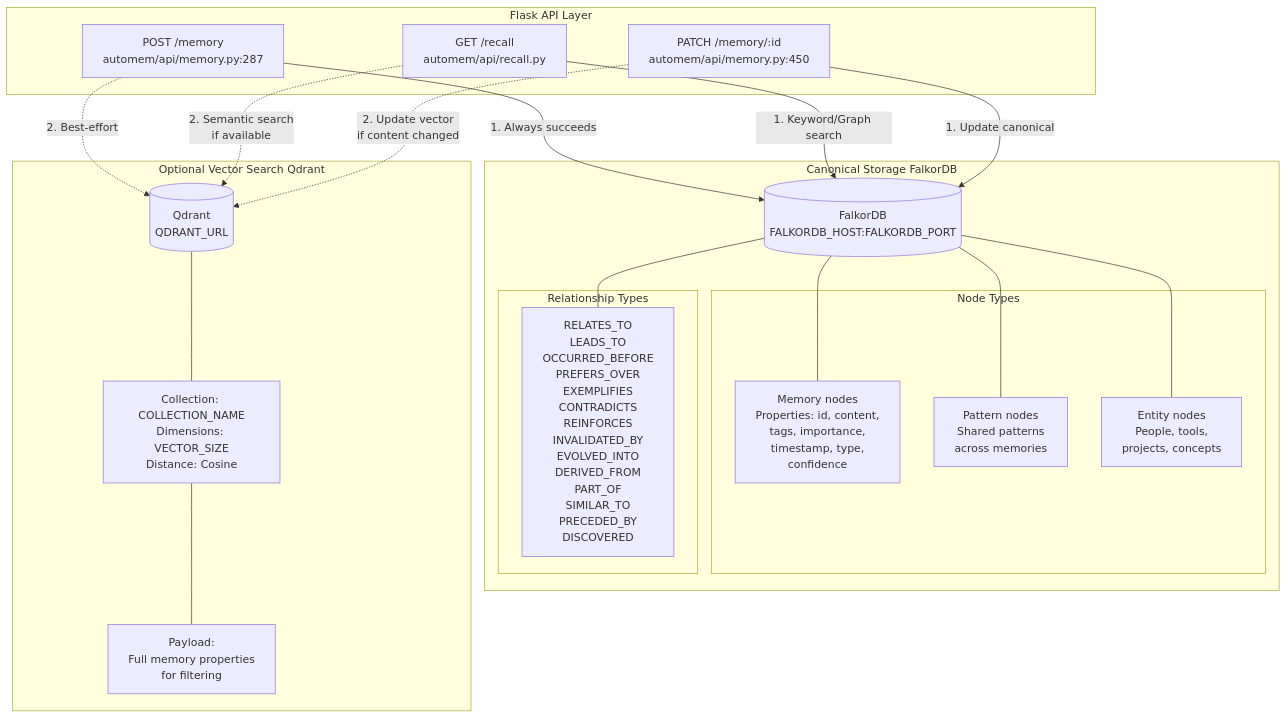
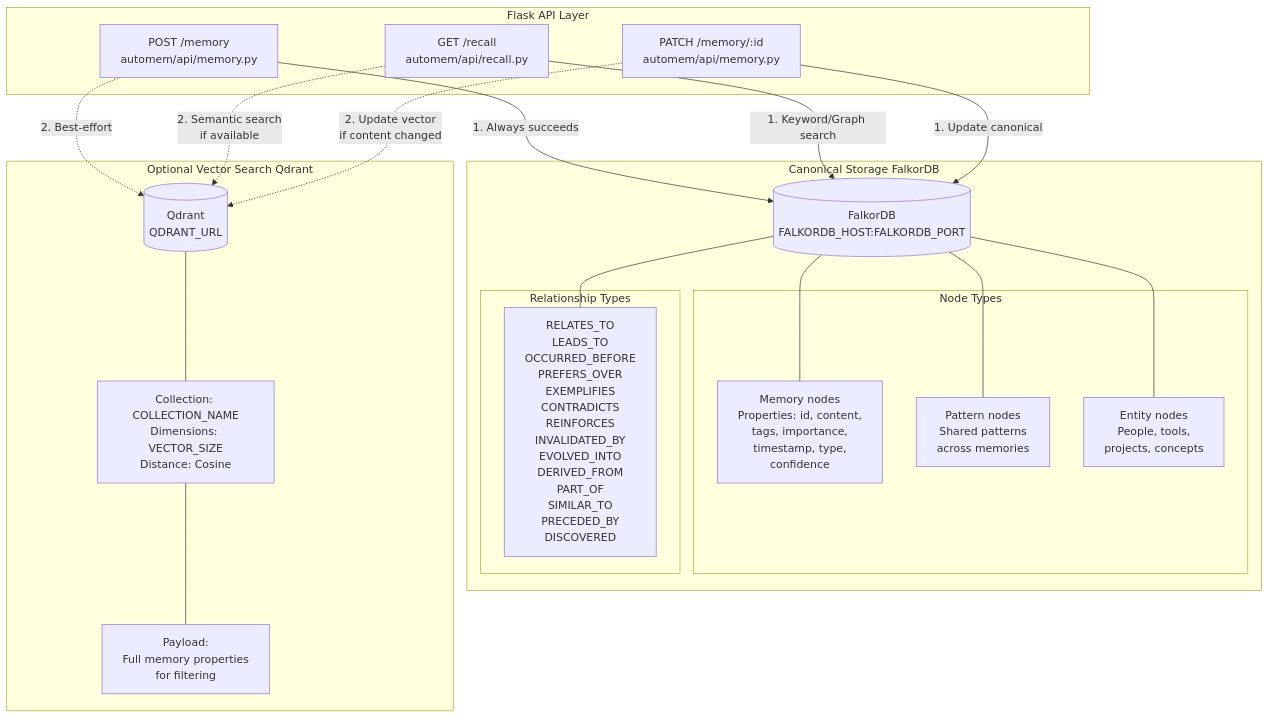
One commit to verygoodplugins/automem-website changed the diagram in src/content/docs/docs/architecture/data-stores.md. Above: the diagram before and after it, drawn with Mermaid. The commit also changed other lines of this file, not shown here.

````diff
--- a/src/content/docs/docs/architecture/data-stores.md
+++ b/src/content/docs/docs/architecture/data-stores.md
@@ -29,45 +29,45 @@
 ```mermaid
 graph TB
     subgraph api["Flask API Layer"]
-        StoreMemory["POST /memory<br/>automem/api/memory.py:287"]
+        StoreMemory["POST /memory<br/>automem/api/memory.py"]
         RecallMemory["GET /recall<br/>automem/api/recall.py"]
-        UpdateMemory["PATCH /memory/:id<br/>automem/api/memory.py:450"]
+        UpdateMemory["PATCH /memory/:id<br/>automem/api/memory.py"]
     end
 
     subgraph canonical["Canonical Storage FalkorDB"]
         GraphDB[("FalkorDB<br/>FALKORDB_HOST:FALKORDB_PORT")]
 
         subgraph nodes["Node Types"]
             MemoryNode["Memory nodes<br/>Properties: id, content,<br/>tags, importance,<br/>timestamp, type,<br/>confidence"]
             PatternNode["Pattern nodes<br/>Shared patterns<br/>across memories"]
             EntityNode["Entity nodes<br/>People, tools,<br/>projects, concepts"]
         end
 
         subgraph edges["Relationship Types"]
             RelTypes["RELATES_TO<br/>LEADS_TO<br/>OCCURRED_BEFORE<br/>PREFERS_OVER<br/>EXEMPLIFIES<br/>CONTRADICTS<br/>REINFORCES<br/>INVALIDATED_BY<br/>EVOLVED_INTO<br/>DERIVED_FROM<br/>PART_OF<br/>SIMILAR_TO<br/>PRECEDED_BY<br/>DISCOVERED"]
         end
     end
 
     subgraph optional["Optional Vector Search Qdrant"]
         VectorDB[("Qdrant<br/>QDRANT_URL")]
         Collection["Collection: COLLECTION_NAME<br/>Dimensions: VECTOR_SIZE<br/>Distance: Cosine"]
         Payload["Payload:<br/>Full memory properties<br/>for filtering"]
     end
 
     StoreMemory -->|"1. Always succeeds"| GraphDB
     StoreMemory -.->|"2. Best-effort"| VectorDB
 
     RecallMemory -->|"1. Keyword/Graph search"| GraphDB
     RecallMemory -.->|"2. Semantic search<br/>if available"| VectorDB
 
     UpdateMemory -->|"1. Update canonical"| GraphDB
     UpdateMemory -.->|"2. Update vector<br/>if content changed"| VectorDB
 
     GraphDB --- MemoryNode
     GraphDB --- PatternNode
     GraphDB --- EntityNode
     GraphDB --- RelTypes
 
     VectorDB --- Collection
     Collection --- Payload
 ```
````
